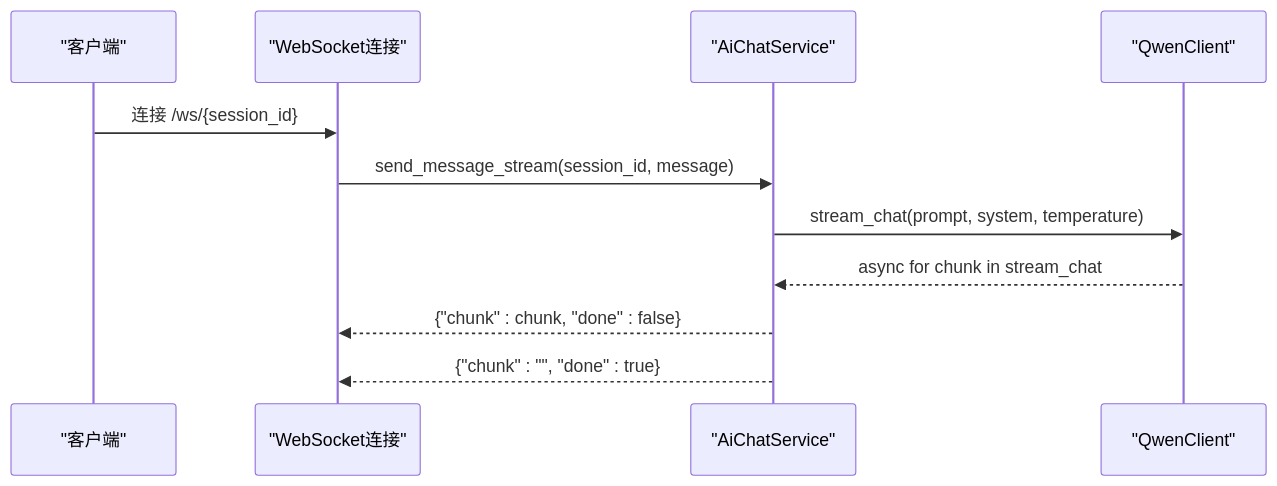
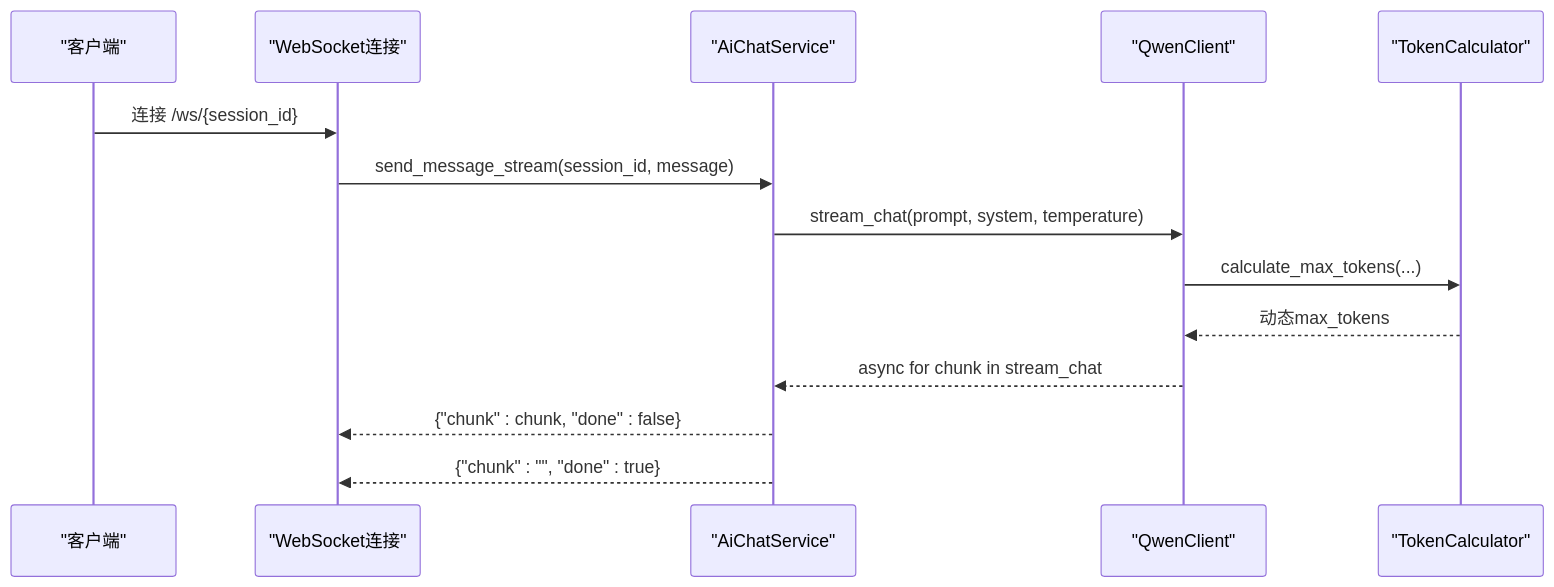
One commit to xfbyxq/ai-novel-system changed the seventh of 9 diagrams in .qoder/repowiki/zh/content/LLM集成架构/LLM集成架构.md. Above: the diagram before and after it, drawn with Mermaid. The commit also changed other lines of this file and 3 other files, not shown here.

````diff
--- a/.qoder/repowiki/zh/content/LLM集成架构/LLM集成架构.md
+++ b/.qoder/repowiki/zh/content/LLM集成架构/LLM集成架构.md
@@ -294,13 +340,16 @@
 ```mermaid
 sequenceDiagram
 participant Client as "客户端"
 participant WS as "WebSocket连接"
 participant ChatSvc as "AiChatService"
 participant Q as "QwenClient"
+participant TokenCalc as "TokenCalculator"
 Client->>WS : 连接 /ws/{session_id}
 WS->>ChatSvc : send_message_stream(session_id, message)
 ChatSvc->>Q : stream_chat(prompt, system, temperature)
+Q->>TokenCalc : calculate_max_tokens(...)
+TokenCalc-->>Q : 动态max_tokens
 Q-->>ChatSvc : async for chunk in stream_chat
 ChatSvc-->>WS : {"chunk" : chunk, "done" : false}
 ChatSvc-->>WS : {"chunk" : "", "done" : true}
 ```
````
